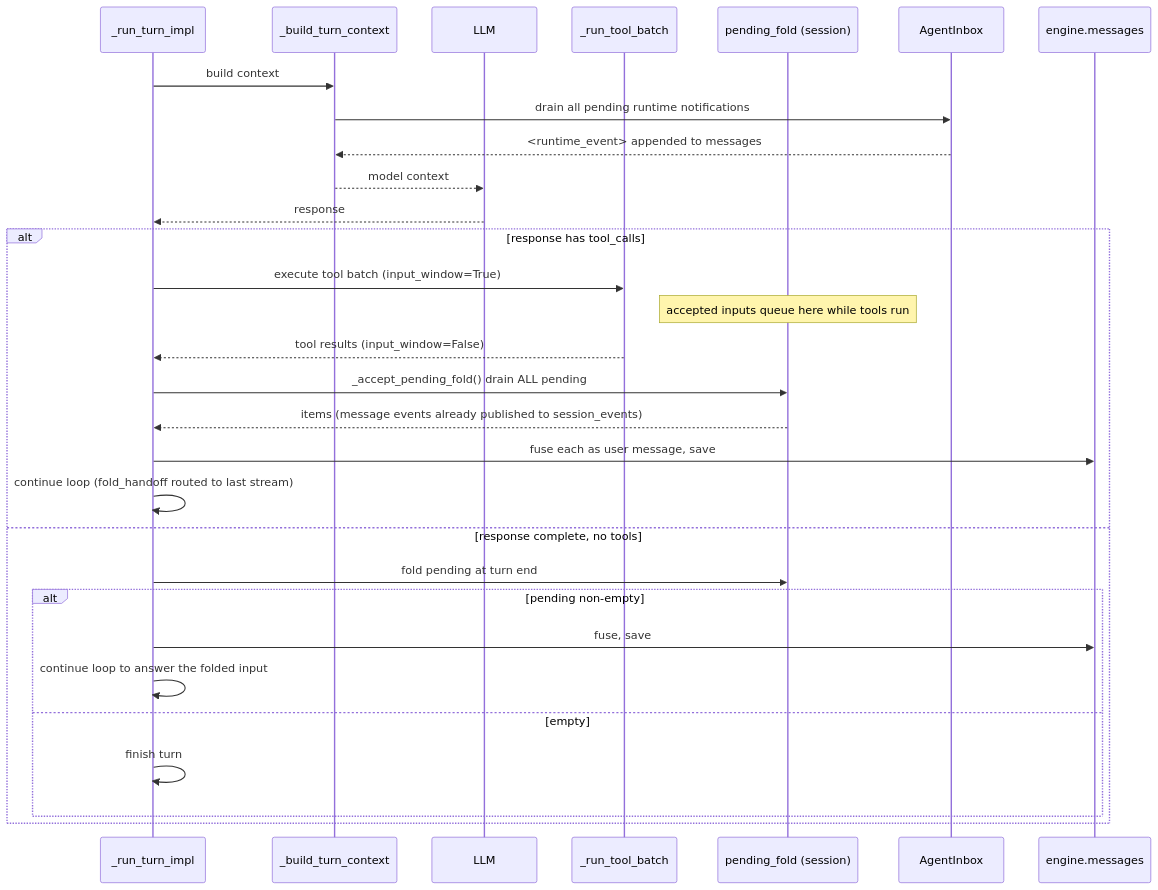
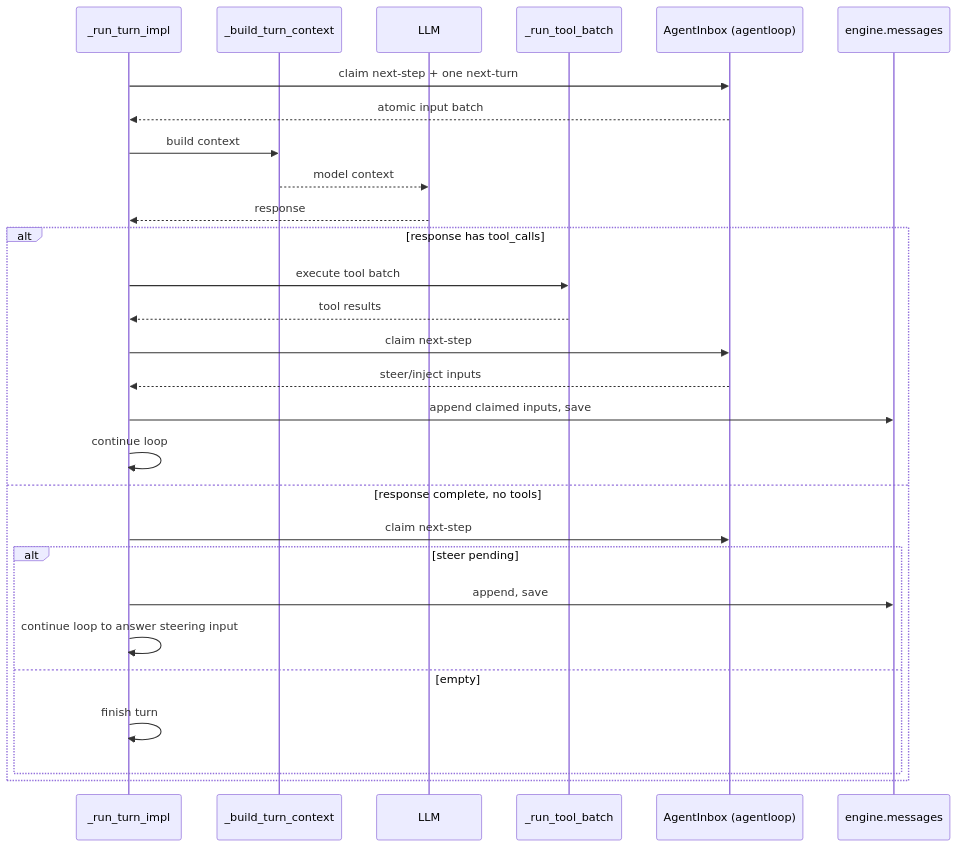
Before and after one commit to dukmu/XBot: the diagram in XBotv2/docs/core/core.md, drawn with Mermaid. The commit also changed other lines of this file and 153 other files, not shown here.

Commit message:
refactor runtime ownership around agent loop

````diff
--- a/XBotv2/docs/core/core.md
+++ b/XBotv2/docs/core/core.md
@@ -15,34 +15,32 @@
 ```mermaid
 sequenceDiagram
     participant Eng as _run_turn_impl
     participant Ctx as _build_turn_context
     participant LLM
     participant Tools as _run_tool_batch
-    participant Fold as pending_fold (session)
-    participant Inbox as AgentInbox
+    participant Inbox as AgentInbox (agentloop)
     participant Msg as engine.messages
 
+    Eng->>Inbox: claim next-step + one next-turn
+    Inbox-->>Eng: atomic input batch
     Eng->>Ctx: build context
-    Ctx->>Inbox: drain all pending runtime notifications
-    Inbox-->>Ctx: <runtime_event> appended to messages
     Ctx-->>LLM: model context
     LLM-->>Eng: response
 
     alt response has tool_calls
-        Eng->>Tools: execute tool batch (input_window=True)
-        Note over Fold: accepted inputs queue here while tools run
-        Tools-->>Eng: tool results (input_window=False)
-        Eng->>Fold: _accept_pending_fold() drain ALL pending
-        Fold-->>Eng: items (message events already published to session_events)
-        Eng->>Msg: fuse each as user message, save
-        Eng->>Eng: continue loop (fold_handoff routed to last stream)
+        Eng->>Tools: execute tool batch
+        Tools-->>Eng: tool results
+        Eng->>Inbox: claim next-step
+        Inbox-->>Eng: steer/inject inputs
+        Eng->>Msg: append claimed inputs, save
+        Eng->>Eng: continue loop
     else response complete, no tools
-        Eng->>Fold: fold pending at turn end
-        alt pending non-empty
-            Eng->>Msg: fuse, save
-            Eng->>Eng: continue loop to answer the folded input
+        Eng->>Inbox: claim next-step
+        alt steer pending
+            Eng->>Msg: append, save
+            Eng->>Eng: continue loop to answer steering input
         else empty
             Eng->>Eng: finish turn
         end
     end
 ```
````
